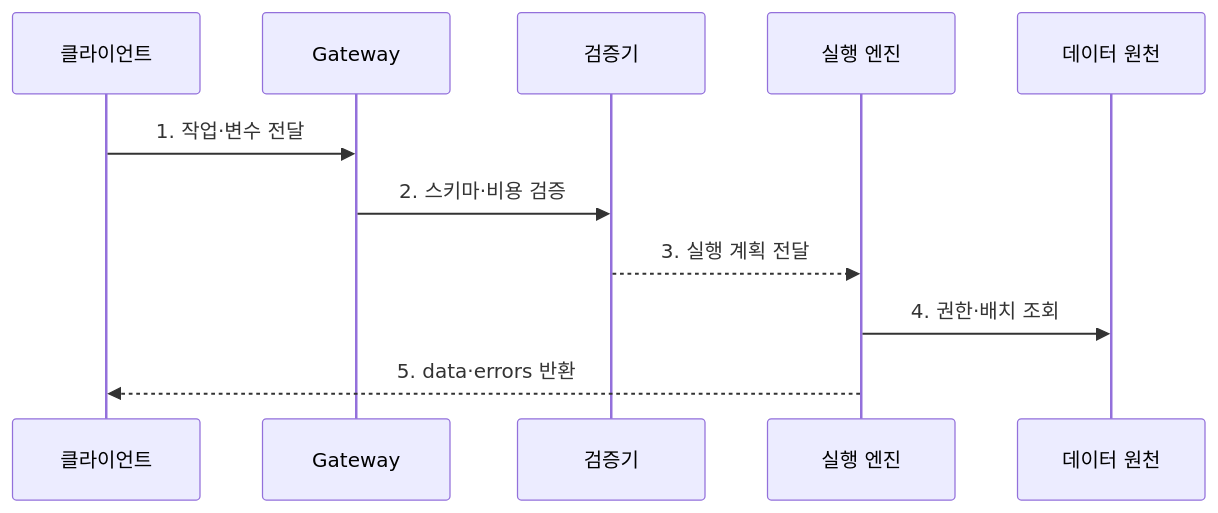
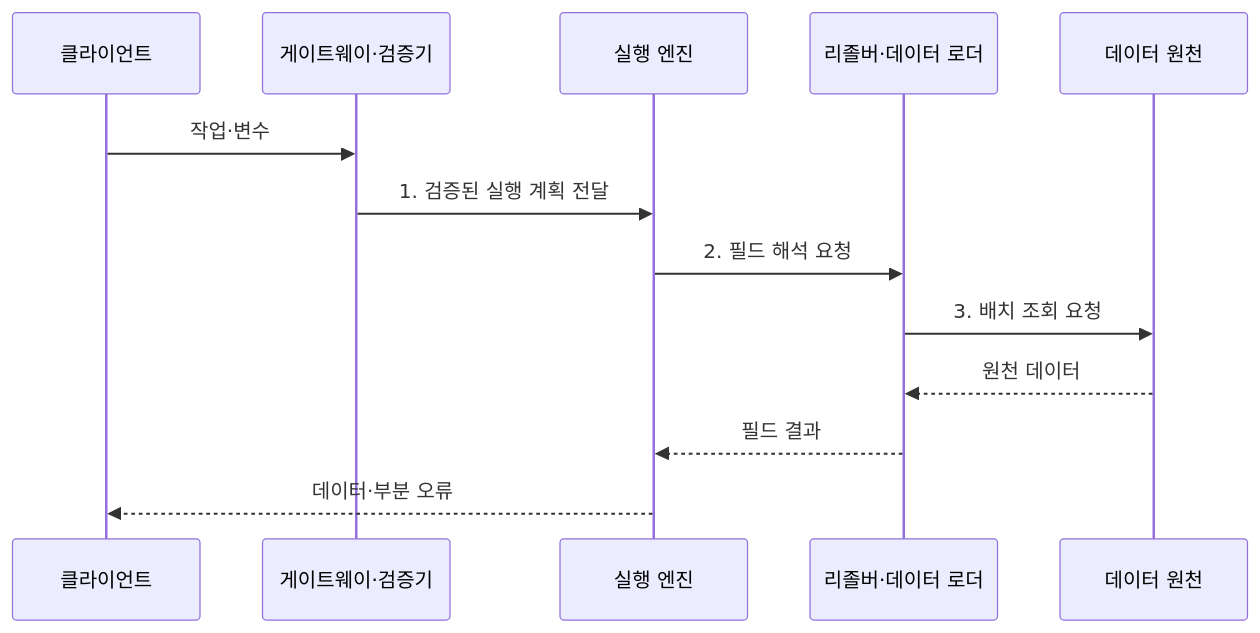
Before and after one commit to agnusdei1207/knowledge-base: the second of 2 diagrams in src/content/docs/notes/03-software/172_graphql.md, drawn with Mermaid. The commit also changed other lines of this file and 20 other files, not shown here.

````diff
--- a/src/content/docs/notes/03-software/172_graphql.md
+++ b/src/content/docs/notes/03-software/172_graphql.md
@@ -84,13 +86,15 @@
 ```mermaid
 sequenceDiagram
     participant C as 클라이언트
-    participant G as Gateway
-    participant V as 검증기
+    participant G as 게이트웨이·검증기
     participant E as 실행 엔진
+    participant R as 리졸버·데이터 로더
     participant D as 데이터 원천
-    C->>G: 1. 작업·변수 전달
-    G->>V: 2. 스키마·비용 검증
-    V-->>E: 3. 실행 계획 전달
-    E->>D: 4. 권한·배치 조회
-    E-->>C: 5. data·errors 반환
+    C->>G: 작업·변수
+    G->>E: 1. 검증된 실행 계획 전달
+    E->>R: 2. 필드 해석 요청
+    R->>D: 3. 배치 조회 요청
+    D-->>R: 원천 데이터
+    R-->>E: 필드 결과
+    E-->>C: 데이터·부분 오류
 ```
````
